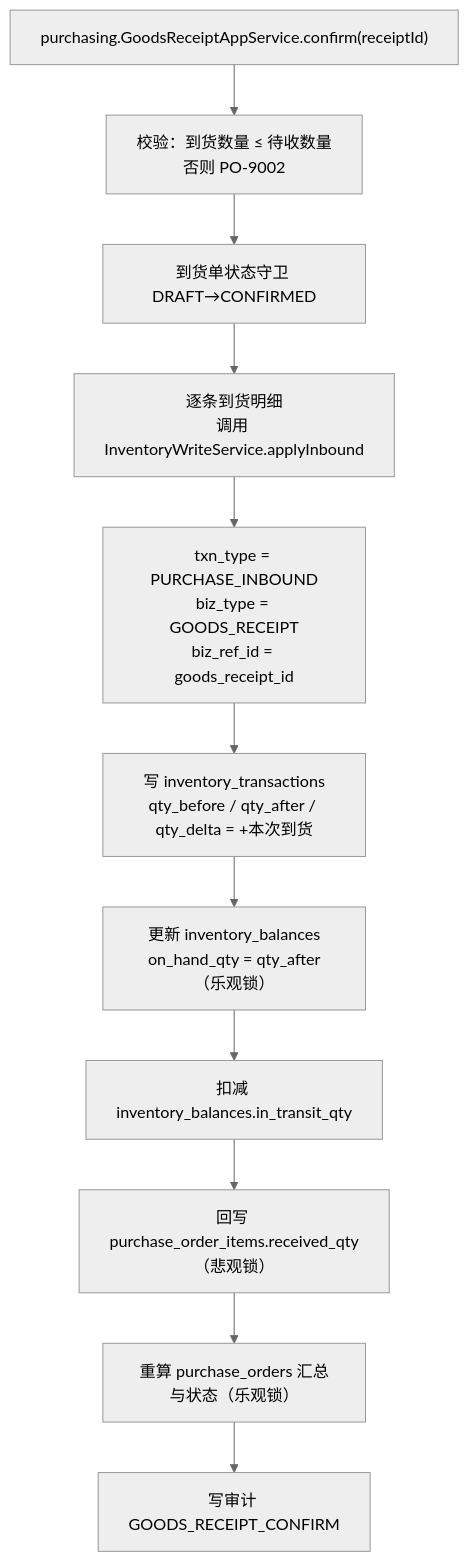
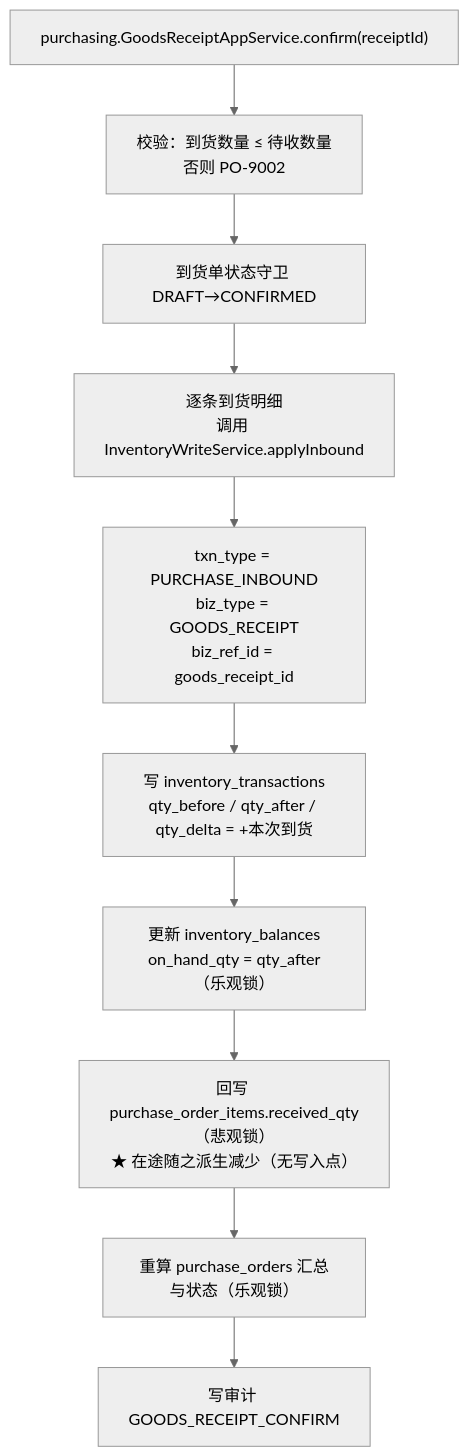
The third of 8 diagrams in docs/05-workflows/INVENTORY_WORKFLOW.md (xy98773-jpg/shoppilot-ai), drawn with Mermaid (neutral theme) before and after one commit. The commit also changed other lines of this file and 1 other file, not shown here.

Commit message:
docs(ssot): 补齐 INVENTORY_WORKFLOW 在途派生口径（去『扣减 in_transit_qty』残留）

````diff
--- a/docs/05-workflows/INVENTORY_WORKFLOW.md
+++ b/docs/05-workflows/INVENTORY_WORKFLOW.md
@@ -172,13 +172,12 @@
 ```mermaid
 flowchart TD
     A["purchasing.GoodsReceiptAppService.confirm(receiptId)"] --> B["校验：到货数量 ≤ 待收数量<br/>否则 PO-9002"]
     B --> C["到货单状态守卫 DRAFT→CONFIRMED"]
     C --> D["逐条到货明细<br/>调用 InventoryWriteService.applyInbound"]
     D --> E["txn_type = PURCHASE_INBOUND<br/>biz_type = GOODS_RECEIPT<br/>biz_ref_id = goods_receipt_id"]
     E --> F["写 inventory_transactions<br/>qty_before / qty_after / qty_delta = +本次到货"]
     F --> G["更新 inventory_balances<br/>on_hand_qty = qty_after（乐观锁）"]
-    G --> H["扣减 inventory_balances.in_transit_qty"]
-    H --> I["回写 purchase_order_items.received_qty（悲观锁）"]
-    I --> J["重算 purchase_orders 汇总与状态（乐观锁）"]
-    J --> K["写审计 GOODS_RECEIPT_CONFIRM"]
+    G --> H["回写 purchase_order_items.received_qty（悲观锁）<br/>★ 在途随之派生减少（无写入点）"]
+    H --> I["重算 purchase_orders 汇总与状态（乐观锁）"]
+    I --> J["写审计 GOODS_RECEIPT_CONFIRM"]
 ```
````
